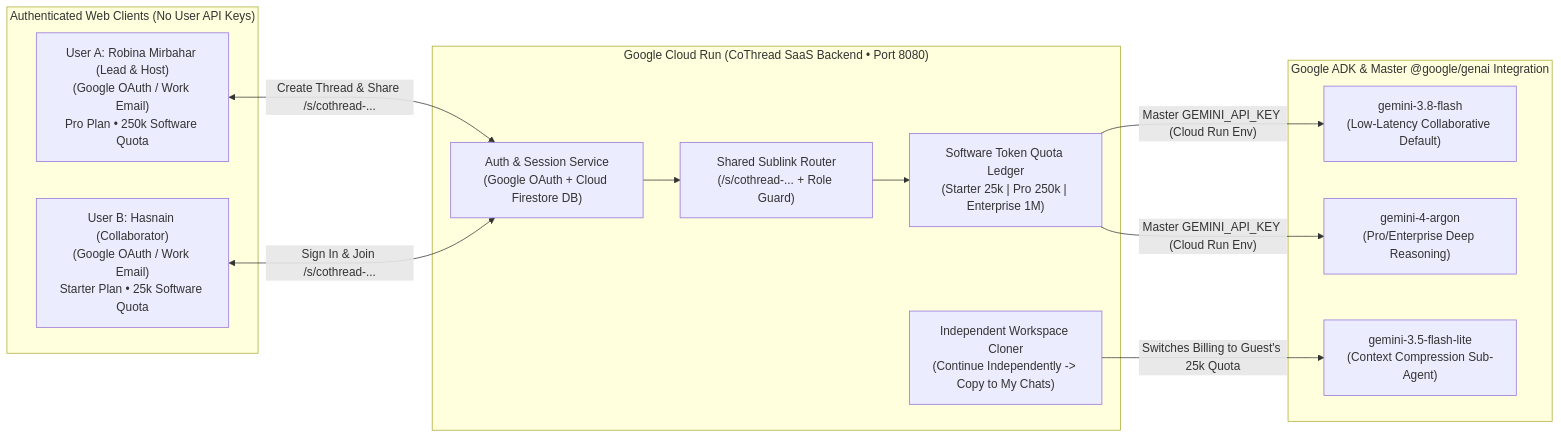
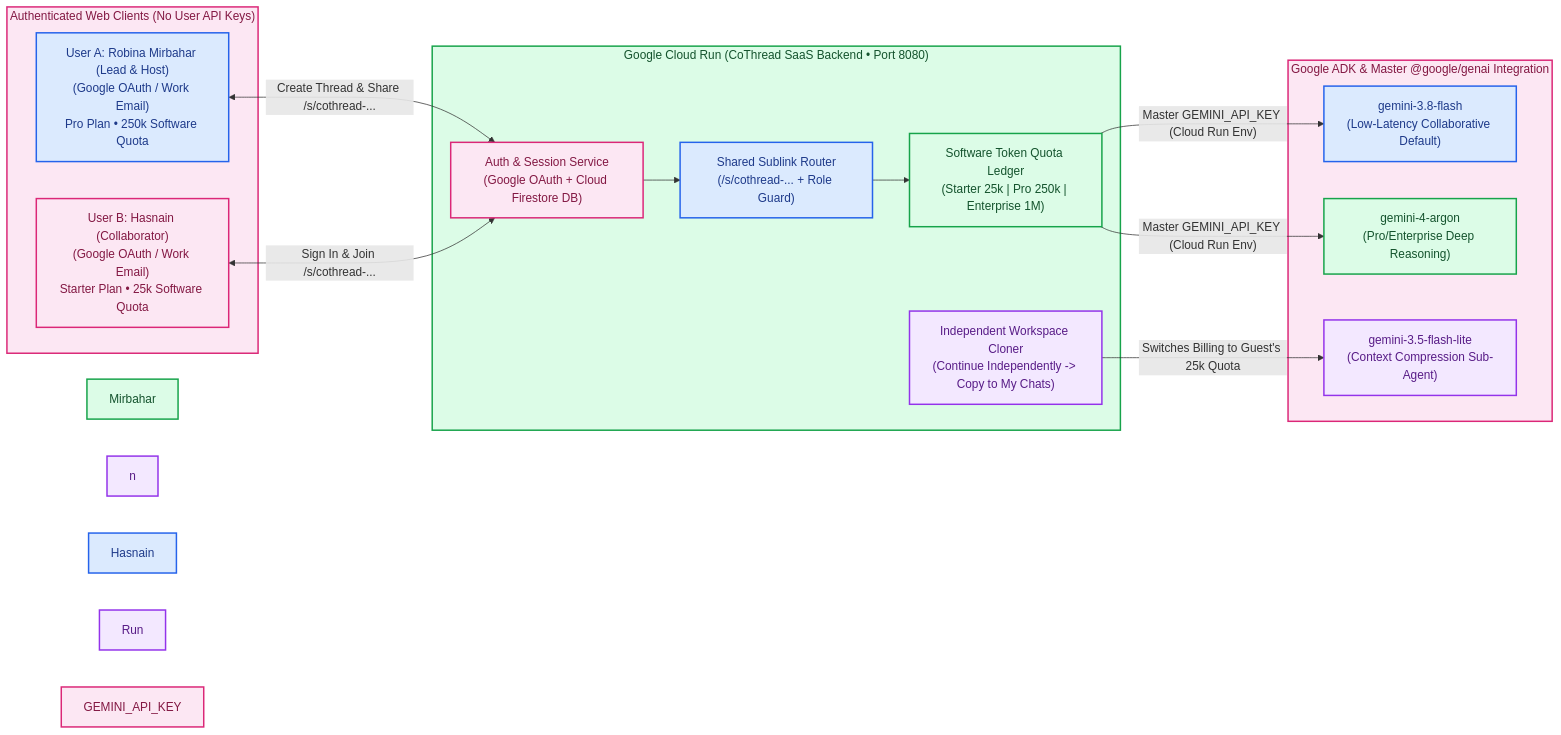
Before and after one commit to RobinaMirbahar/CoThread: the first of 3 diagrams in README.md, drawn with Mermaid. The commit also changed other lines of this file, not shown here.

Commit message:
docs: add 3-line Author & Companion Publication header, color-coded Mermaid diagram, and remove repetitive footer

````diff
--- a/README.md
+++ b/README.md
@@ -83,28 +83,45 @@
 ```mermaid
 flowchart LR
     subgraph Clients["Authenticated Web Clients (No User API Keys)"]
         Host["User A: Robina Mirbahar (Lead & Host)\n(Google OAuth / Work Email)\nPro Plan • 250k Software Quota"]
         Guest["User B: Hasnain (Collaborator)\n(Google OAuth / Work Email)\nStarter Plan • 25k Software Quota"]
     end
 
     subgraph CloudRun["Google Cloud Run (CoThread SaaS Backend • Port 8080)"]
         Auth["Auth & Session Service\n(Google OAuth + Cloud Firestore DB)"]
         Sublink["Shared Sublink Router\n(/s/cothread-... + Role Guard)"]
         Ledger["Software Token Quota Ledger\n(Starter 25k | Pro 250k | Enterprise 1M)"]
         Clone["Independent Workspace Cloner\n(Continue Independently -> Copy to My Chats)"]
     end
 
     subgraph Gemini["Google ADK & Master @google/genai Integration"]
         Flash["gemini-3.8-flash\n(Low-Latency Collaborative Default)"]
         Argon["gemini-4-argon\n(Pro/Enterprise Deep Reasoning)"]
         Lite["gemini-3.5-flash-lite\n(Context Compression Sub-Agent)"]
     end
 
     Host <-->|"Create Thread & Share /s/cothread-..."| Auth
     Guest <-->|"Sign In & Join /s/cothread-..."| Auth
     Auth --> Sublink
     Sublink --> Ledger
     Ledger -->|"Master GEMINI_API_KEY (Cloud Run Env)"| Flash
     Ledger -->|"Master GEMINI_API_KEY (Cloud Run Env)"| Argon
     Clone -->|"Switches Billing to Guest's 25k Quota"| Lite
+    style Clients fill:#fce7f3,stroke:#db2777,stroke-width:2px,color:#831843
+    style Host fill:#dbeafe,stroke:#2563eb,stroke-width:2px,color:#1e3a8a
+    style Mirbahar fill:#dcfce7,stroke:#16a34a,stroke-width:2px,color:#14532d
+    style n fill:#f3e8ff,stroke:#9333ea,stroke-width:2px,color:#581c87
+    style Guest fill:#fce7f3,stroke:#db2777,stroke-width:2px,color:#831843
+    style Hasnain fill:#dbeafe,stroke:#2563eb,stroke-width:2px,color:#1e3a8a
+    style CloudRun fill:#dcfce7,stroke:#16a34a,stroke-width:2px,color:#14532d
+    style Run fill:#f3e8ff,stroke:#9333ea,stroke-width:2px,color:#581c87
+    style Auth fill:#fce7f3,stroke:#db2777,stroke-width:2px,color:#831843
+    style Sublink fill:#dbeafe,stroke:#2563eb,stroke-width:2px,color:#1e3a8a
+    style Ledger fill:#dcfce7,stroke:#16a34a,stroke-width:2px,color:#14532d
+    style Clone fill:#f3e8ff,stroke:#9333ea,stroke-width:2px,color:#581c87
+    style Gemini fill:#fce7f3,stroke:#db2777,stroke-width:2px,color:#831843
+    style Flash fill:#dbeafe,stroke:#2563eb,stroke-width:2px,color:#1e3a8a
+    style Argon fill:#dcfce7,stroke:#16a34a,stroke-width:2px,color:#14532d
+    style Lite fill:#f3e8ff,stroke:#9333ea,stroke-width:2px,color:#581c87
+    style GEMINI_API_KEY fill:#fce7f3,stroke:#db2777,stroke-width:2px,color:#831843
 ```
````
